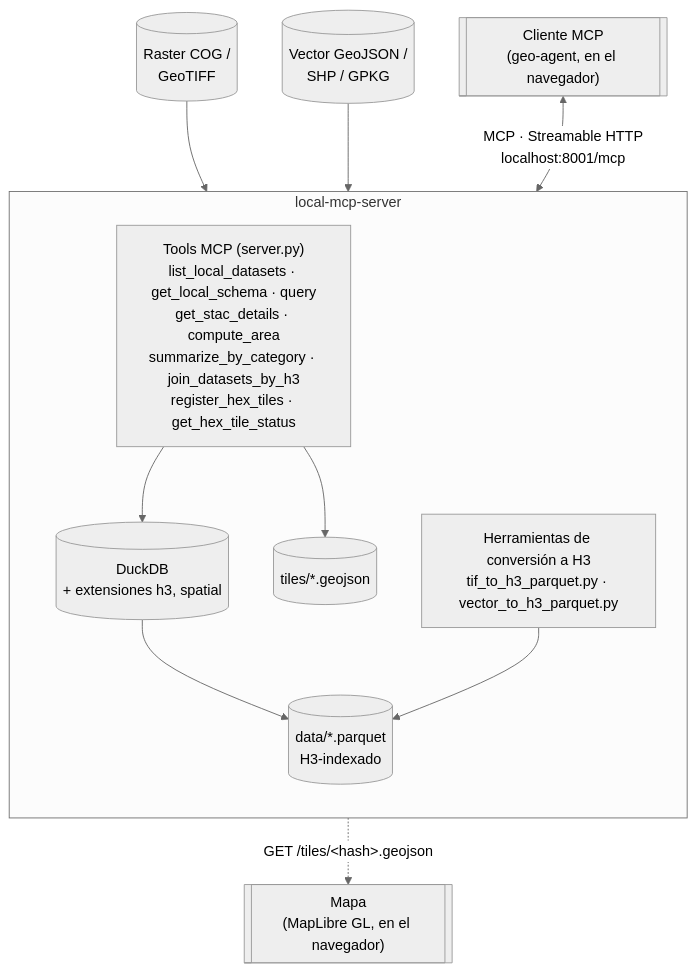
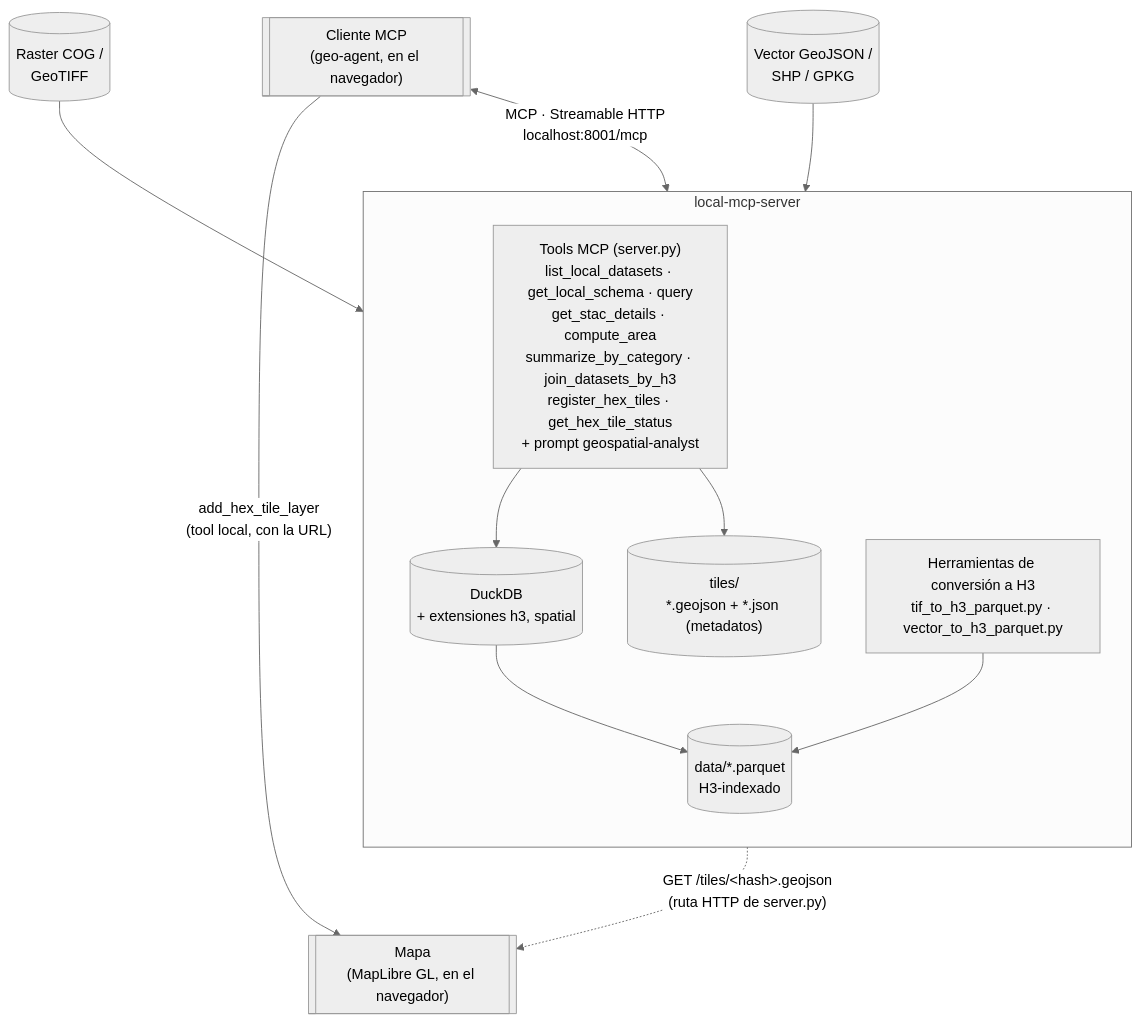
One commit to PEM-Humboldt/local-mcp-server changed the second of 2 diagrams in README.md. Above: the diagram before and after it, drawn with Mermaid (neutral theme). The commit also changed other lines of this file, not shown here.

Commit message:
inprove repository description

````diff
--- a/README.md
+++ b/README.md
@@ -44,24 +44,26 @@
 ```mermaid
 flowchart TD
     Client[["Cliente MCP<br/>(geo-agent, en el navegador)"]]
     Map[["Mapa<br/>(MapLibre GL, en el navegador)"]]
 
     subgraph Repo["local-mcp-server"]
         direction TB
-        Tools["Tools MCP (server.py)<br/>list_local_datasets · get_local_schema · query<br/>get_stac_details · compute_area<br/>summarize_by_category · join_datasets_by_h3<br/>register_hex_tiles · get_hex_tile_status"]
+        Tools["Tools MCP (server.py)<br/>list_local_datasets · get_local_schema · query<br/>get_stac_details · compute_area<br/>summarize_by_category · join_datasets_by_h3<br/>register_hex_tiles · get_hex_tile_status<br/>+ prompt geospatial-analyst"]
         Engine[("DuckDB<br/>+ extensiones h3, spatial")]
         Data[("data/*.parquet<br/>H3-indexado")]
-        Tiles[("tiles/*.geojson")]
+        Tiles[("tiles/<br/>*.geojson + *.json (metadatos)")]
         Conv["Herramientas de conversión a H3<br/>tif_to_h3_parquet.py · vector_to_h3_parquet.py"]
 
         Tools --> Engine --> Data
         Tools --> Tiles
         Conv --> Data
     end
 
     Raster[("Raster COG /<br/>GeoTIFF")] --> Conv
     Vector[("Vector GeoJSON /<br/>SHP / GPKG")] --> Conv
 
     Client <-->|"MCP · Streamable HTTP<br/>localhost:8001/mcp"| Tools
-    Tiles -.->|"GET /tiles/&lt;hash&gt;.geojson"| Map
+    Client -->|"add_hex_tile_layer<br/>(tool local, con la URL)"| Map
+    Tools -.->|"GET /tiles/&lt;hash&gt;.geojson<br/>(ruta HTTP de server.py)"| Map
+
 ```
````
